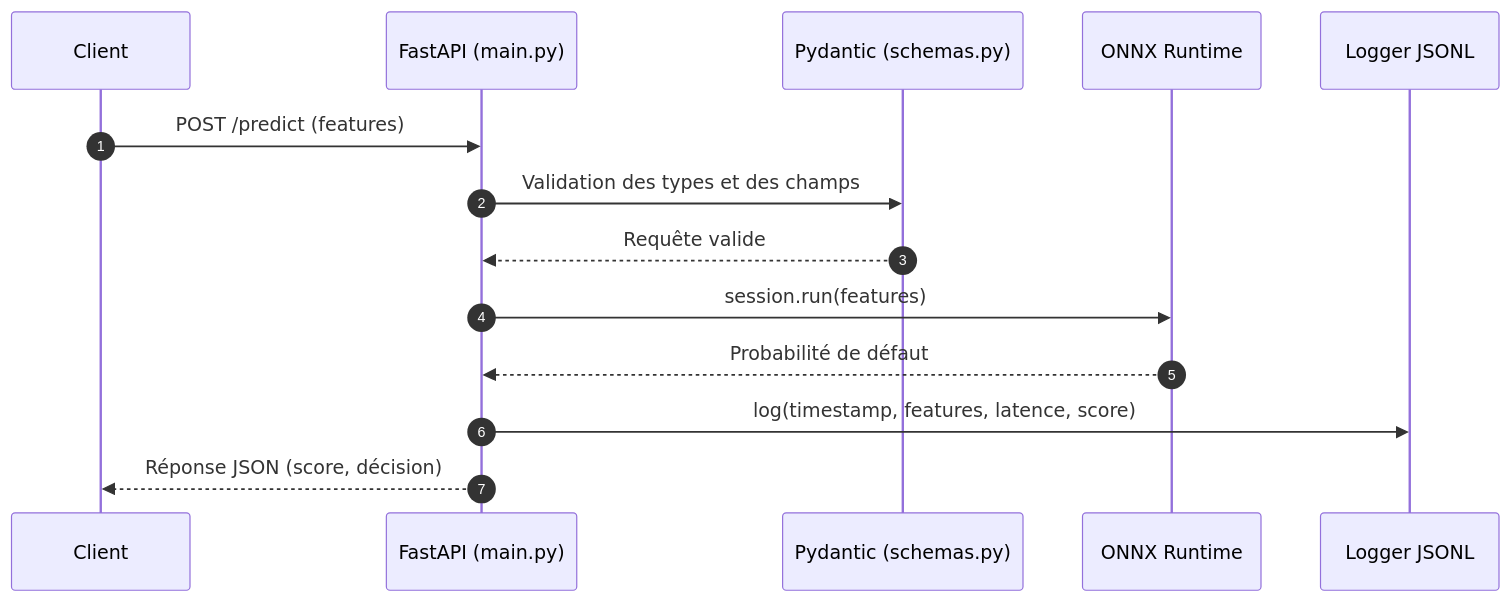
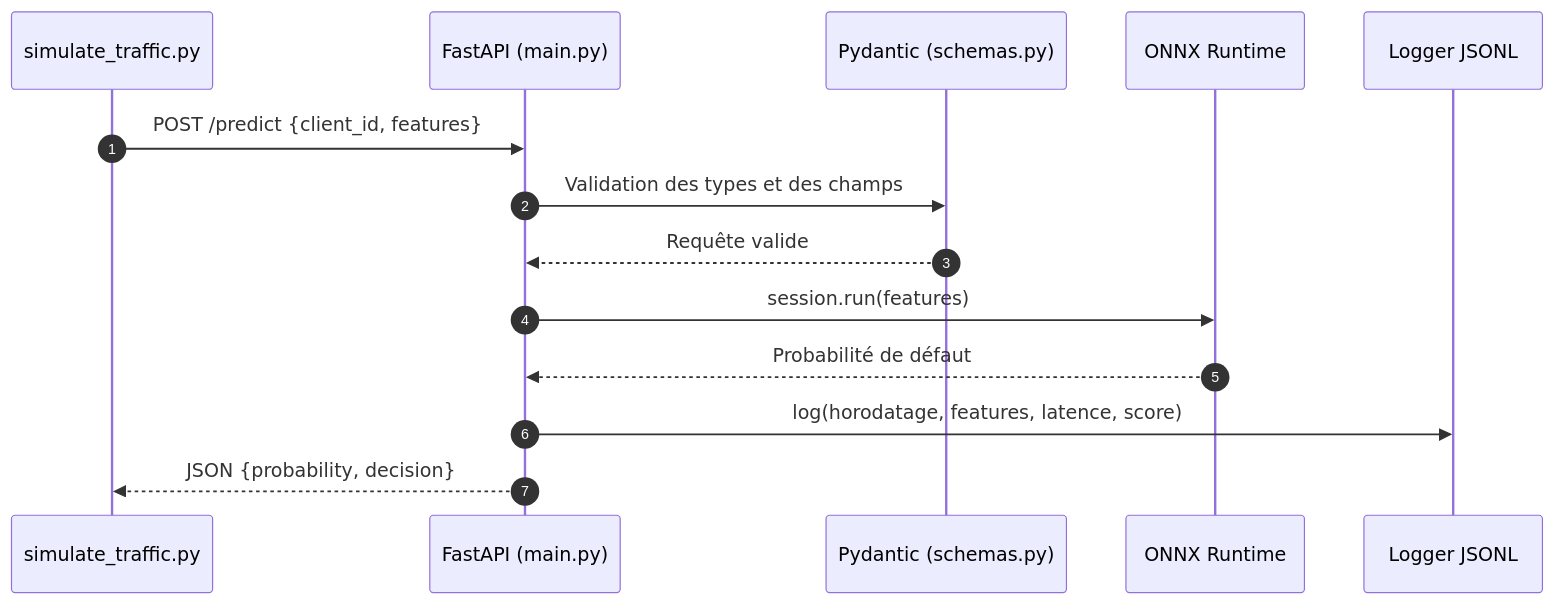
One commit to Nerion-1337/5_MLOps_Part2 changed the third of 4 diagrams in README.md. Above: the diagram before and after it, drawn with Mermaid. The commit also changed other lines of this file and 2 other files, not shown here.

````diff
--- a/README.md
+++ b/README.md
@@ -150,17 +247,17 @@
 ```mermaid
 sequenceDiagram
     autonumber
-    participant C as Client
+    participant C as simulate_traffic.py
     participant A as FastAPI (main.py)
     participant S as Pydantic (schemas.py)
     participant O as ONNX Runtime
     participant L as Logger JSONL
 
-    C->>A: POST /predict (features)
+    C->>A: POST /predict {client_id, features}
     A->>S: Validation des types et des champs
     S-->>A: Requête valide
     A->>O: session.run(features)
     O-->>A: Probabilité de défaut
-    A->>L: log(timestamp, features, latence, score)
-    A-->>C: Réponse JSON (score, décision)
+    A->>L: log(horodatage, features, latence, score)
+    A-->>C: JSON {probability, decision}
 ```
````
